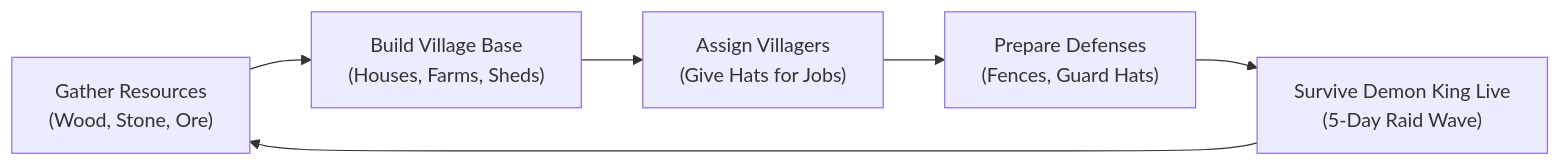
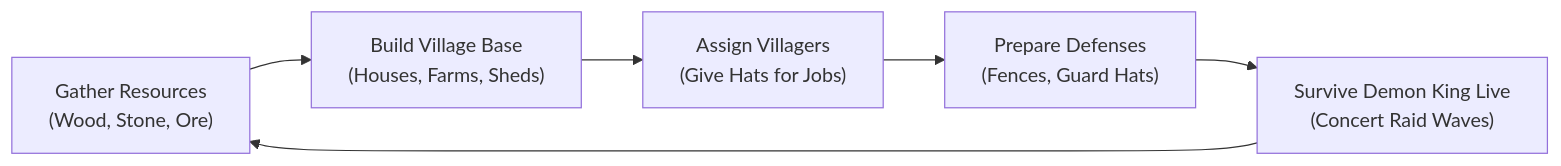
Before and after one commit to Fenghuang-huoyan/warota-wiki: the diagram in content/warota/pages/guide.mdx, drawn with Mermaid. The commit also changed other lines of this file and 1 other file, not shown here.

````diff
--- a/content/warota/pages/guide.mdx
+++ b/content/warota/pages/guide.mdx
@@ -62,8 +62,8 @@
 ```mermaid
 flowchart LR
     A["Gather Resources<br/>(Wood, Stone, Ore)"] --> B["Build Village Base<br/>(Houses, Farms, Sheds)"]
     B --> C["Assign Villagers<br/>(Give Hats for Jobs)"]
     C --> D["Prepare Defenses<br/>(Fences, Guard Hats)"]
-    D --> E["Survive Demon King Live<br/>(5-Day Raid Wave)"]
+    D --> E["Survive Demon King Live<br/>(Concert Raid Waves)"]
     E --> A
 ```
````
